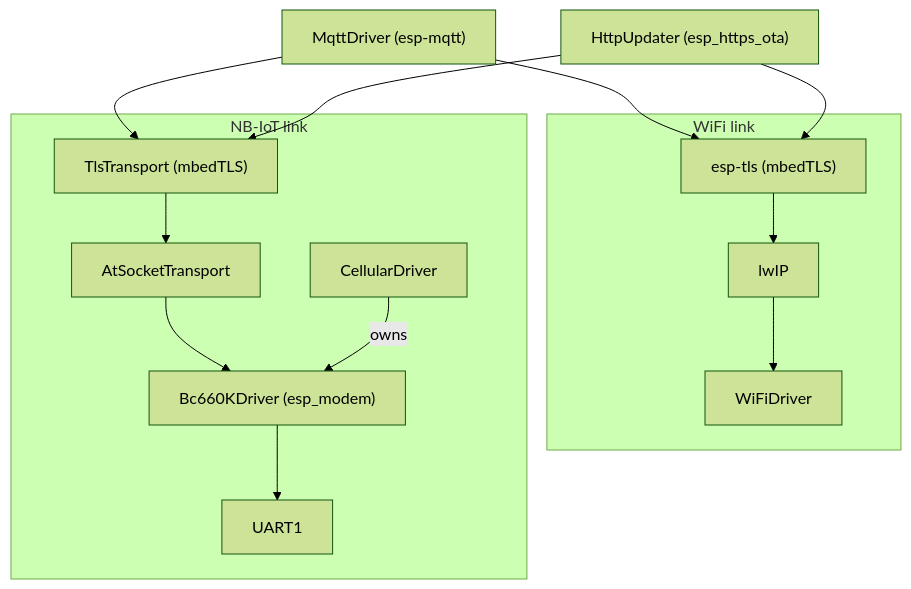
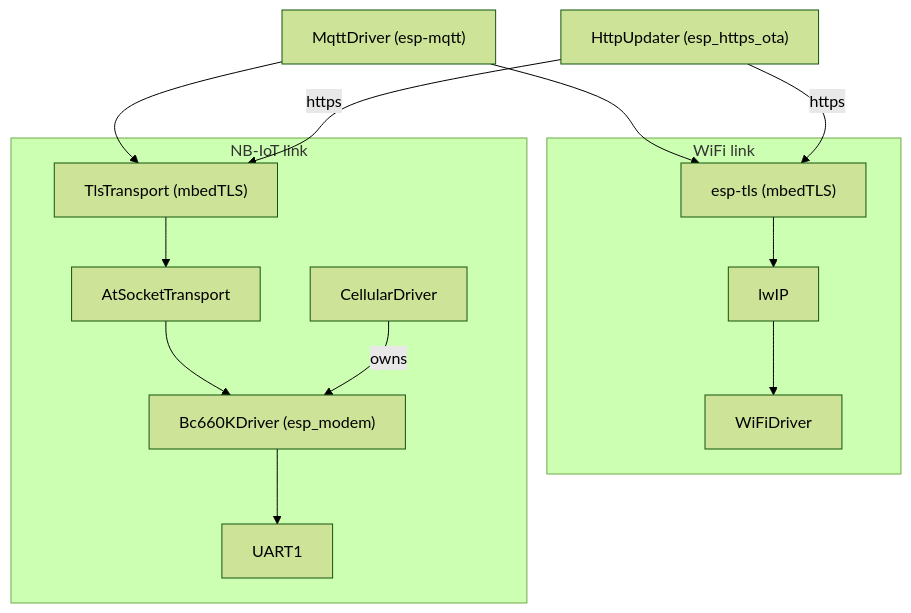
One commit to cornucopia-machines/ugly-duckling-firmware changed the diagram in docs/Connectivity.md. Above: the diagram before and after it, drawn with Mermaid (forest theme). The commit also changed other lines of this file and 3 other files, not shown here.

````diff
--- a/docs/Connectivity.md
+++ b/docs/Connectivity.md
@@ -19,25 +19,25 @@
 ```mermaid
 graph TB
     MQTT["MqttDriver (esp-mqtt)"]
     OTA["HttpUpdater (esp_https_ota)"]
 
     subgraph WiFi link
         ESPTLS["esp-tls (mbedTLS)"]
         LWIP["lwIP"]
         WIFI["WiFiDriver"]
     end
 
     subgraph NB-IoT link
         TLS["TlsTransport (mbedTLS)"]
         SOCK["AtSocketTransport"]
         CELL["CellularDriver"]
         BC["Bc660KDriver (esp_modem)"]
         UART["UART1"]
     end
 
     MQTT --> ESPTLS --> LWIP --> WIFI
-    OTA --> ESPTLS
+    OTA -->|https| ESPTLS
     MQTT --> TLS --> SOCK --> BC --> UART
-    OTA --> TLS
+    OTA -->|https| TLS
     CELL -->|owns| BC
 ```
````
